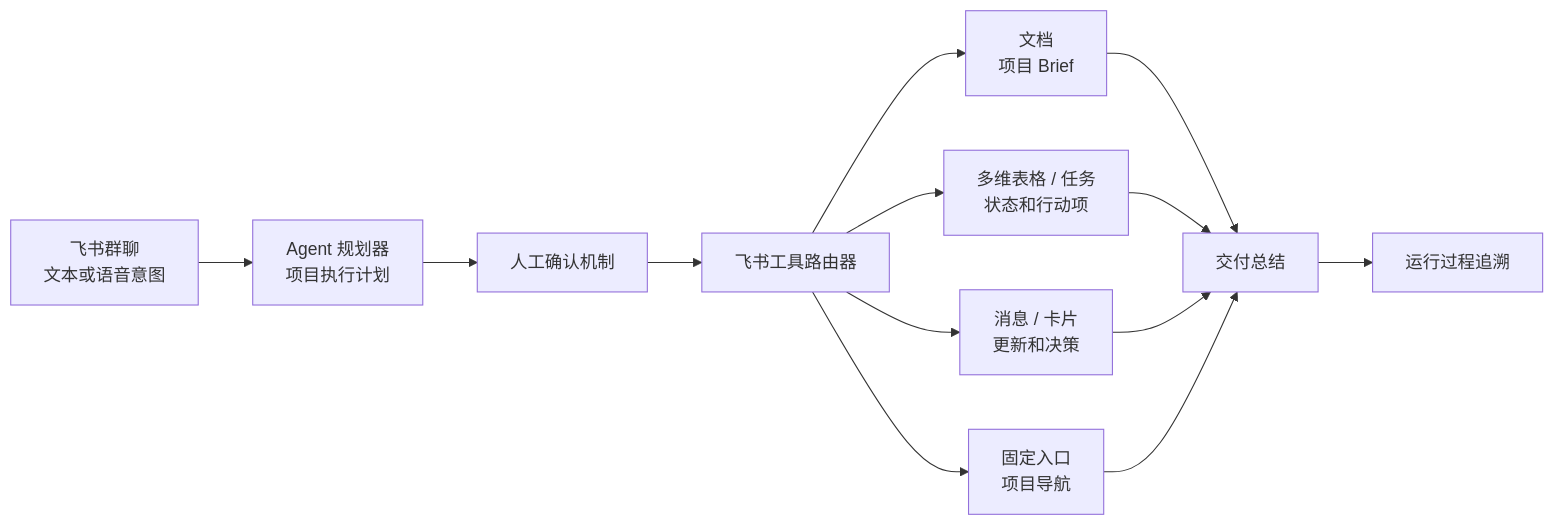
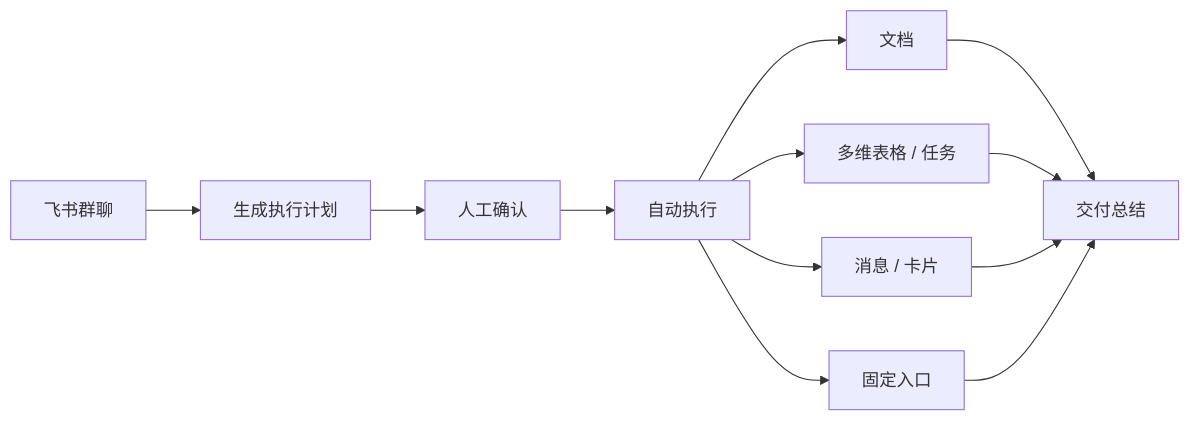
The first of 2 diagrams in README.md (DeliciousBuding/pilot-flow), drawn with Mermaid before and after one commit. The commit also changed other lines of this file and 1 other file, not shown here.

First line of the commit message:
docs: remove GPT writing style and replace journey diagram

````diff
--- a/README.md
+++ b/README.md
@@ -88,15 +53,14 @@
 ```mermaid
 flowchart LR
-    A["飞书群聊<br/>文本或语音意图"] --> B["Agent 规划器<br/>项目执行计划"]
-    B --> C["人工确认机制"]
-    C --> D["飞书工具路由器"]
-    D --> E["文档<br/>项目 Brief"]
-    D --> F["多维表格 / 任务<br/>状态和行动项"]
-    D --> G["消息 / 卡片<br/>更新和决策"]
-    D --> H["固定入口<br/>项目导航"]
+    A["飞书群聊"] --> B["生成执行计划"]
+    B --> C["人工确认"]
+    C --> D["自动执行"]
+    D --> E["文档"]
+    D --> F["多维表格 / 任务"]
+    D --> G["消息 / 卡片"]
+    D --> H["固定入口"]
     E --> I["交付总结"]
     F --> I
     G --> I
     H --> I
-    I --> J["运行过程追溯"]
 ```
````
